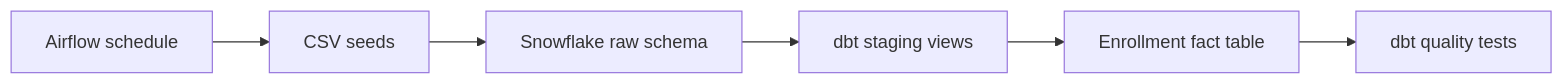
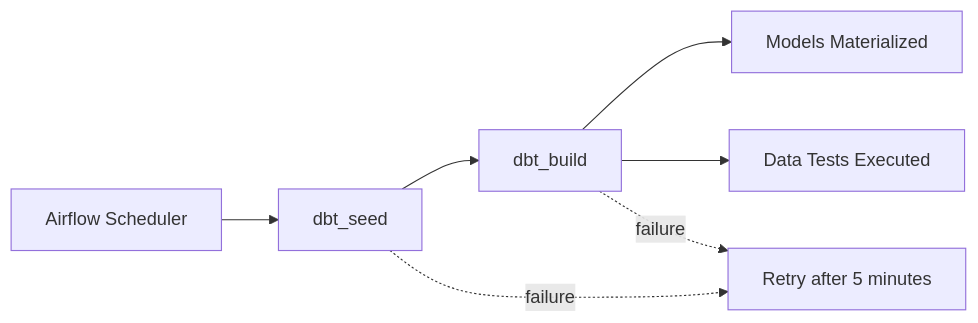
One commit to syedsaud15/snowflake-dbt-data-engineering changed the fourth of 4 diagrams in README.md. Above: the diagram before and after it, drawn with Mermaid. The commit also changed other lines of this file, not shown here.

````diff
--- a/README.md
+++ b/README.md
@@ -7,8 +363,10 @@
 ```mermaid
 flowchart LR
-    A[CSV seeds] --> B[Snowflake raw schema]
-    B --> C[dbt staging views]
-    C --> D[Enrollment fact table]
-    D --> E[dbt quality tests]
-    F[Airflow schedule] --> A
+    A[Airflow Scheduler] --> B[dbt_seed]
+    B --> C[dbt_build]
+    C --> D[Models Materialized]
+    C --> E[Data Tests Executed]
+
+    B -. failure .-> F[Retry after 5 minutes]
+    C -. failure .-> F
 ```
````
